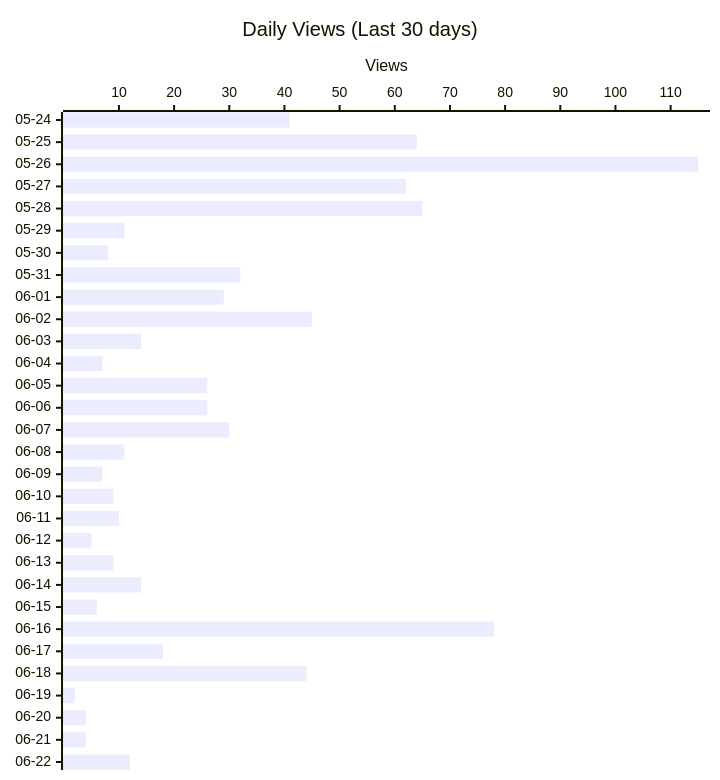
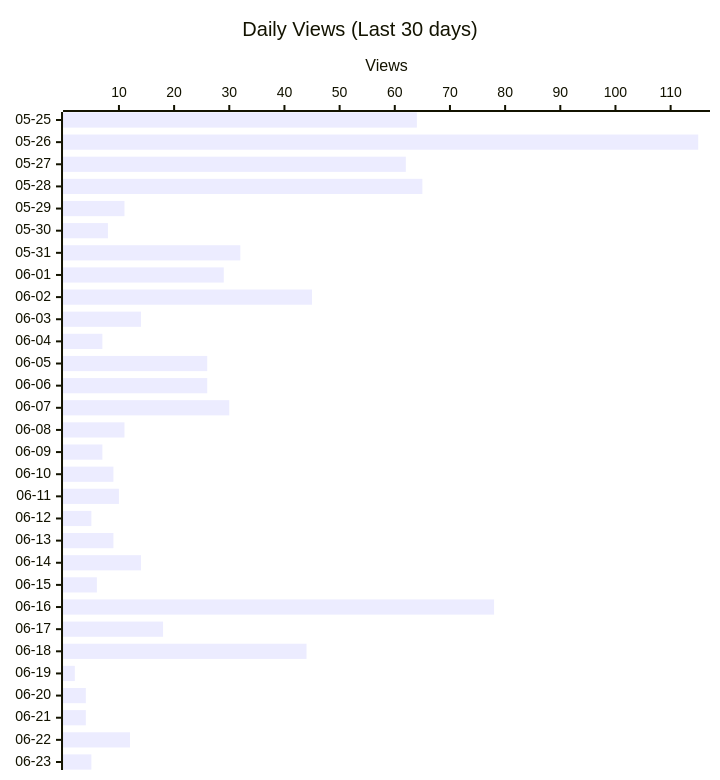
The second of 3 diagrams in README.md (shigechika/github-insights), drawn with Mermaid before and after one commit. The commit also changed other lines of this file and 2 other files, not shown here.

````diff
--- a/README.md
+++ b/README.md
@@ -28,12 +28,12 @@
 ```mermaid
 ---
 config:
   xyChart:
     height: 760
 ---
 xychart-beta horizontal
     title "Daily Views (Last 30 days)"
-    x-axis ["05-24", "05-25", "05-26", "05-27", "05-28", "05-29", "05-30", "05-31", "06-01", "06-02", "06-03", "06-04", "06-05", "06-06", "06-07", "06-08", "06-09", "06-10", "06-11", "06-12", "06-13", "06-14", "06-15", "06-16", "06-17", "06-18", "06-19", "06-20", "06-21", "06-22"]
+    x-axis ["05-25", "05-26", "05-27", "05-28", "05-29", "05-30", "05-31", "06-01", "06-02", "06-03", "06-04", "06-05", "06-06", "06-07", "06-08", "06-09", "06-10", "06-11", "06-12", "06-13", "06-14", "06-15", "06-16", "06-17", "06-18", "06-19", "06-20", "06-21", "06-22", "06-23"]
     y-axis "Views"
-    bar [41, 64, 115, 62, 65, 11, 8, 32, 29, 45, 14, 7, 26, 26, 30, 11, 7, 9, 10, 5, 9, 14, 6, 78, 18, 44, 2, 4, 4, 12]
+    bar [64, 115, 62, 65, 11, 8, 32, 29, 45, 14, 7, 26, 26, 30, 11, 7, 9, 10, 5, 9, 14, 6, 78, 18, 44, 2, 4, 4, 12, 5]
 ```
````
